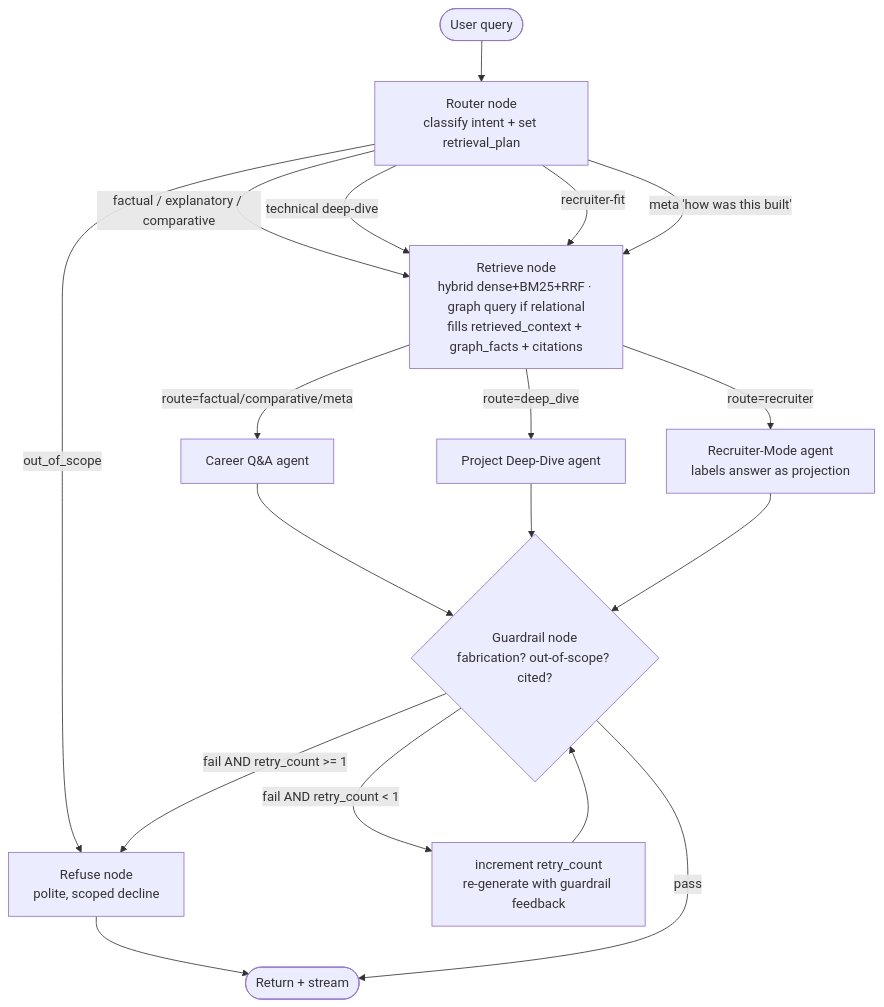
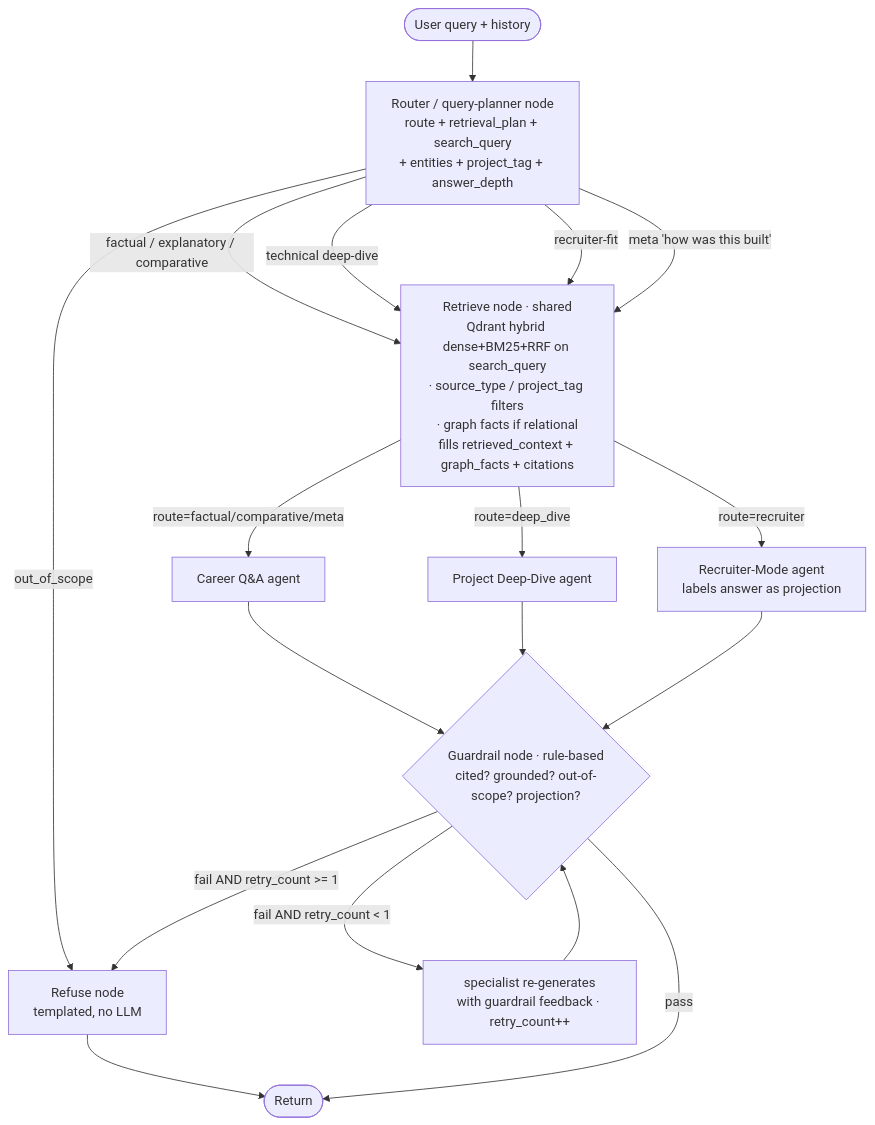
The diagram in spec.md (AniketGaudgaul/ai-avataar), drawn with Mermaid before and after one commit. The commit also changed other lines of this file and 65 other files, not shown here.

````diff
--- a/spec.md
+++ b/spec.md
@@ -340,27 +396,27 @@
 ```mermaid
 flowchart TD
-    START([User query]) --> ROUTER[Router node<br/>classify intent + set retrieval_plan]
+    START([User query + history]) --> ROUTER[Router / query-planner node<br/>route + retrieval_plan + search_query<br/>+ entities + project_tag + answer_depth]
 
-    ROUTER -->|out_of_scope| REFUSE[Refuse node<br/>polite, scoped decline]
+    ROUTER -->|out_of_scope| REFUSE[Refuse node<br/>templated, no LLM]
     ROUTER -->|factual / explanatory / comparative| RETRIEVE
     ROUTER -->|technical deep-dive| RETRIEVE
     ROUTER -->|recruiter-fit| RETRIEVE
     ROUTER -->|meta 'how was this built'| RETRIEVE
 
-    RETRIEVE[Retrieve node<br/>hybrid dense+BM25+RRF · graph query if relational<br/>fills retrieved_context + graph_facts + citations]
+    RETRIEVE[Retrieve node · shared<br/>Qdrant hybrid dense+BM25+RRF on search_query<br/>· source_type / project_tag filters<br/>· graph facts if relational<br/>fills retrieved_context + graph_facts + citations]
 
     RETRIEVE -->|route=factual/comparative/meta| CAREER[Career Q&A agent]
     RETRIEVE -->|route=deep_dive| DEEP[Project Deep-Dive agent]
     RETRIEVE -->|route=recruiter| REC[Recruiter-Mode agent<br/>labels answer as projection]
 
     CAREER --> GUARD
     DEEP --> GUARD
     REC --> GUARD
     REFUSE --> END
 
-    GUARD{Guardrail node<br/>fabrication? out-of-scope? cited?}
-    GUARD -->|pass| END([Return + stream])
-    GUARD -->|fail AND retry_count < 1| REGEN[increment retry_count<br/>re-generate with guardrail feedback]
+    GUARD{Guardrail node · rule-based<br/>cited? grounded? out-of-scope? projection?}
+    GUARD -->|pass| END([Return])
+    GUARD -->|fail AND retry_count < 1| REGEN[specialist re-generates<br/>with guardrail feedback · retry_count++]
     GUARD -->|fail AND retry_count >= 1| REFUSE
     REGEN --> GUARD
 ```
````
